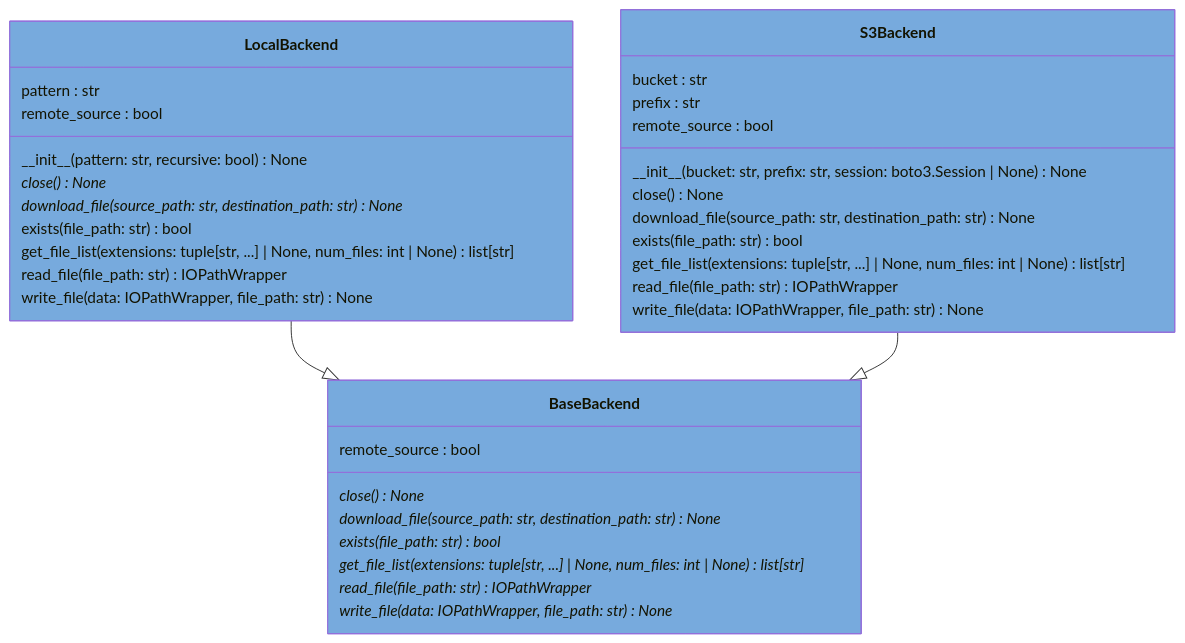
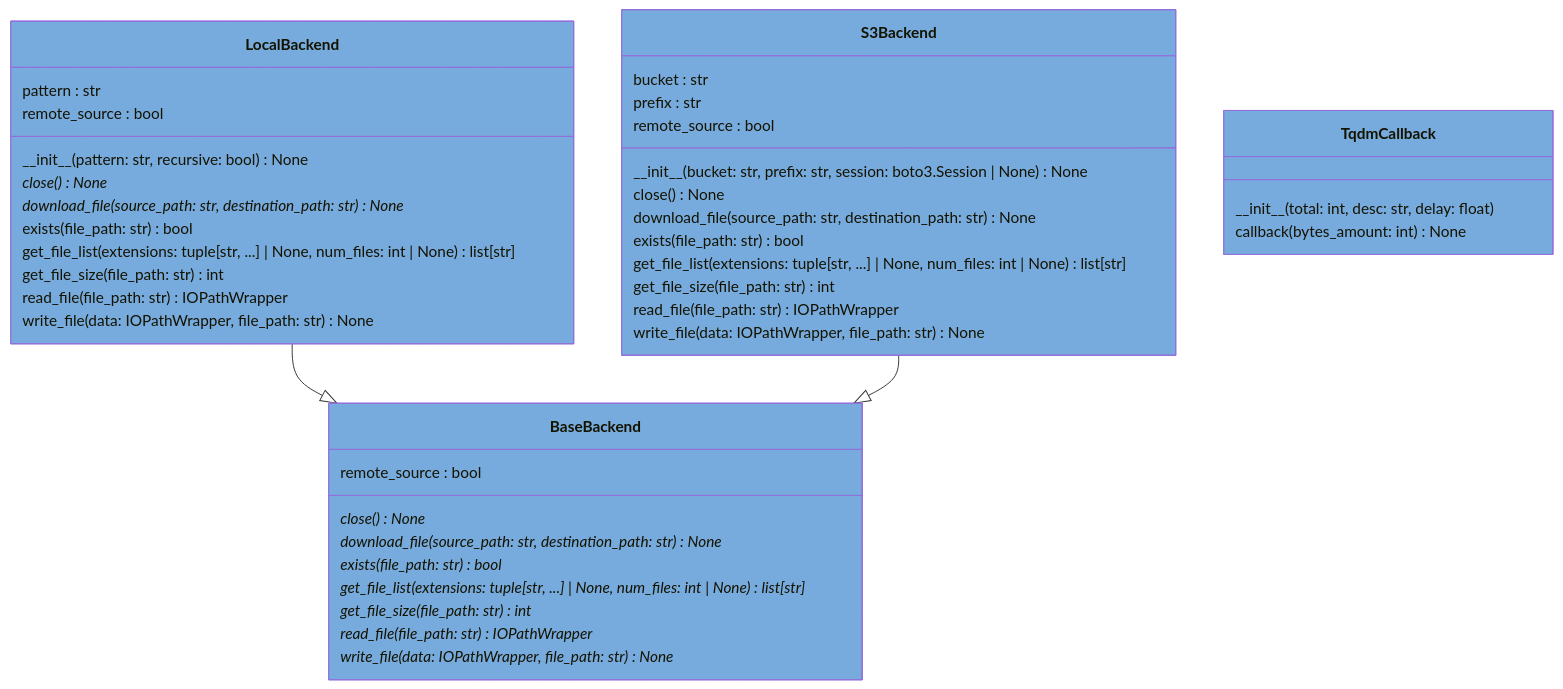
Before and after one commit to voidsy-gmbh/pyThermoNDT: the diagram in docs/pyreverse/mermaid/classes_pythermondt.io.backends.mmd, drawn with Mermaid. The commit also changed 16 other files, not shown here.

```diff
--- a/docs/pyreverse/mermaid/classes_pythermondt.io.backends.mmd
+++ b/docs/pyreverse/mermaid/classes_pythermondt.io.backends.mmd
@@ -1,38 +1,46 @@
 classDiagram
   class BaseBackend {
     remote_source : bool
     close()* None
     download_file(source_path: str, destination_path: str)* None
     exists(file_path: str)* bool
     get_file_list(extensions: tuple[str, ...] | None, num_files: int | None)* list[str]
+    get_file_size(file_path: str)* int
     read_file(file_path: str)* IOPathWrapper
     write_file(data: IOPathWrapper, file_path: str)* None
   }
   style BaseBackend fill:#77AADD
   class LocalBackend {
     pattern : str
     remote_source : bool
     \_\_init\_\_(pattern: str, recursive: bool) None
     close()* None
     download_file(source_path: str, destination_path: str)* None
     exists(file_path: str) bool
     get_file_list(extensions: tuple[str, ...] | None, num_files: int | None) list[str]
+    get_file_size(file_path: str) int
     read_file(file_path: str) IOPathWrapper
     write_file(data: IOPathWrapper, file_path: str) None
   }
   style LocalBackend fill:#77AADD
   class S3Backend {
     bucket : str
     prefix : str
     remote_source : bool
     \_\_init\_\_(bucket: str, prefix: str, session: boto3.Session | None) None
     close() None
     download_file(source_path: str, destination_path: str) None
     exists(file_path: str) bool
     get_file_list(extensions: tuple[str, ...] | None, num_files: int | None) list[str]
+    get_file_size(file_path: str) int
     read_file(file_path: str) IOPathWrapper
     write_file(data: IOPathWrapper, file_path: str) None
   }
   style S3Backend fill:#77AADD
+  class TqdmCallback {
+    \_\_init\_\_(total: int, desc: str, delay: float)
+    callback(bytes_amount: int) None
+  }
+  style TqdmCallback fill:#77AADD
   LocalBackend --|> BaseBackend
   S3Backend --|> BaseBackend
```
